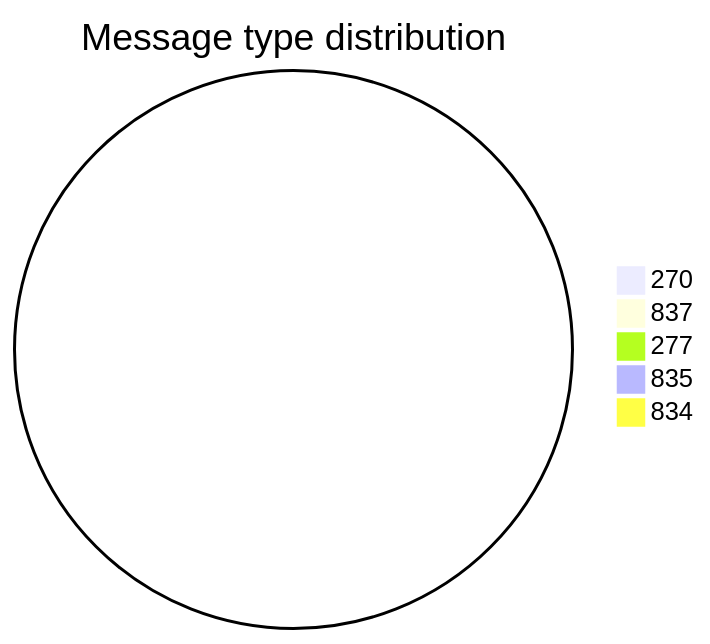
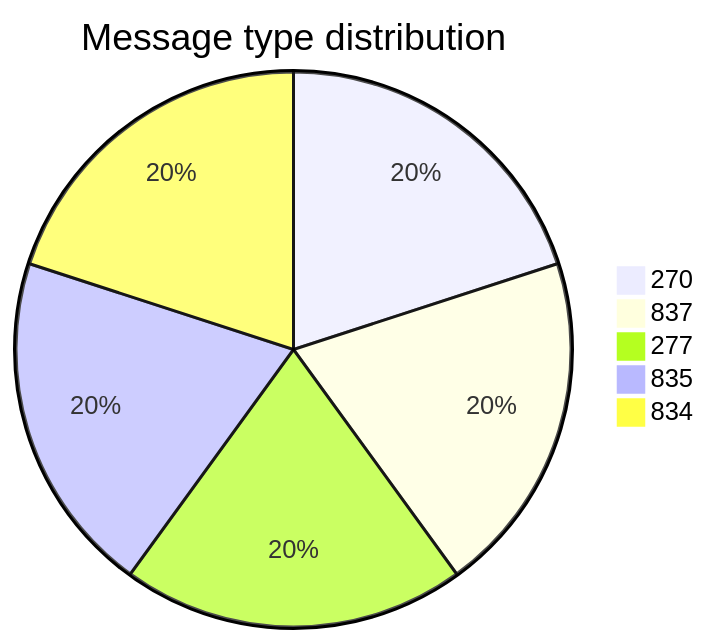
Before and after one commit to dhagan-va/intern-2025: the second of 11 diagrams in test-tools/DataGen/src/Statistics_Visualizer.md, drawn with Mermaid. The commit also changed other lines of this file and 2 other files, not shown here.

````diff
--- a/test-tools/DataGen/src/Statistics_Visualizer.md
+++ b/test-tools/DataGen/src/Statistics_Visualizer.md
@@ -28,8 +28,8 @@
 ```mermaid
 pie title Message type distribution
-    "270" : 0
-    "837" : 0
-    "277" : 0
-    "835" : 0
-    "834" : 0
+    "270" : 8220
+    "837" : 8220
+    "277" : 8220
+    "835" : 8220
+    "834" : 8220
 ```
````
